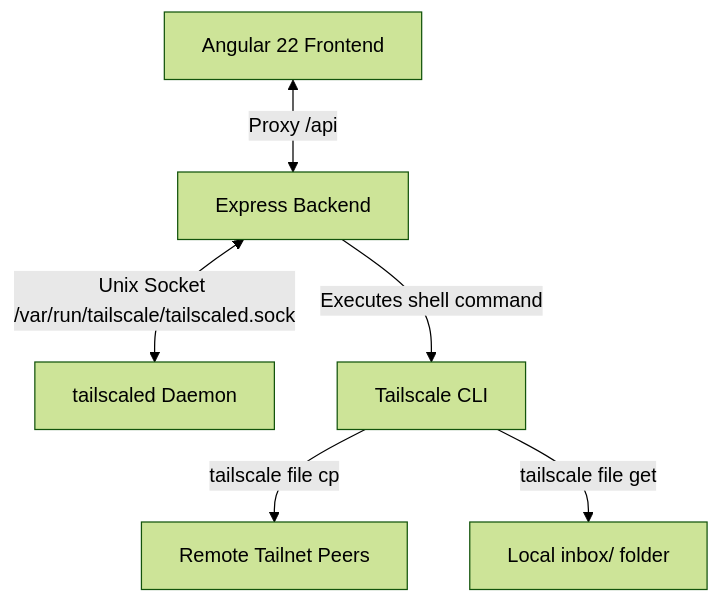
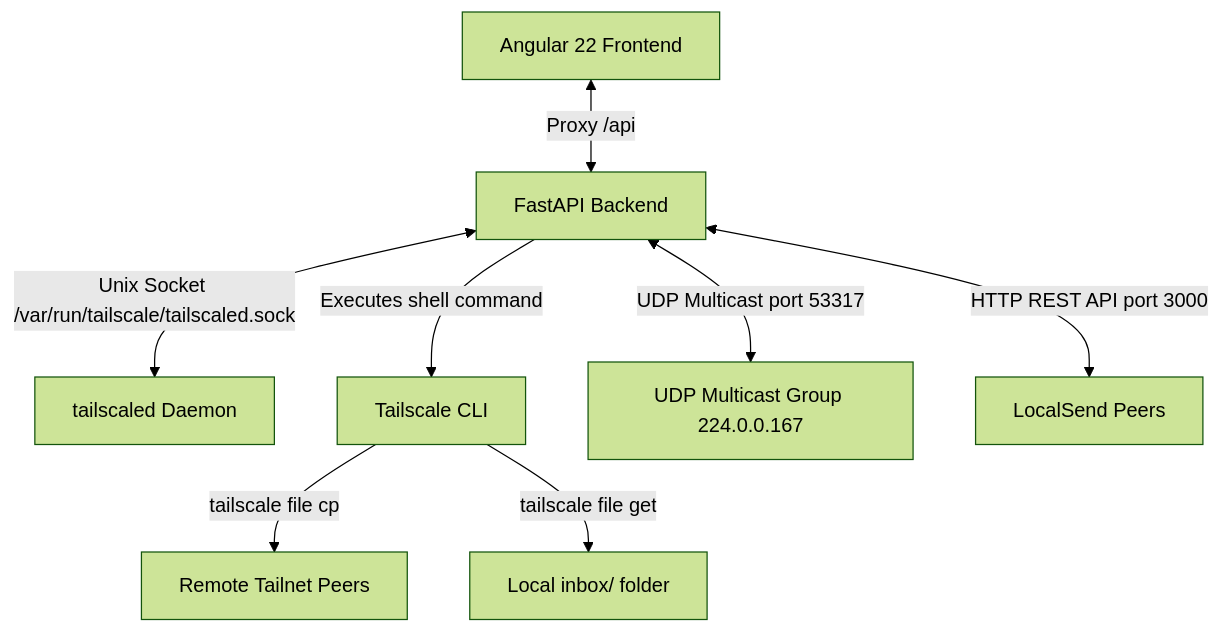
The diagram in README.md (omennemo/taildrop-transfer-app), drawn with Mermaid (forest theme) before and after one commit. The commit also changed other lines of this file, not shown here.

Commit message:
update README.md with MultiDrop branding, Python FastAPI backend, LocalSend, and test instructions

````diff
--- a/README.md
+++ b/README.md
@@ -7,8 +7,10 @@
 ```mermaid
 graph TD
-    AngularApp[Angular 22 Frontend] <-->|Proxy /api| ExpressServer[Express Backend]
-    ExpressServer <-->|Unix Socket /var/run/tailscale/tailscaled.sock| TailscaleDaemon[tailscaled Daemon]
-    ExpressServer -->|Executes shell command| TailscaleCLI[Tailscale CLI]
+    AngularApp[Angular 22 Frontend] <-->|Proxy /api| FastAPIServer[FastAPI Backend]
+    FastAPIServer <-->|Unix Socket /var/run/tailscale/tailscaled.sock| TailscaleDaemon[tailscaled Daemon]
+    FastAPIServer -->|Executes shell command| TailscaleCLI[Tailscale CLI]
     TailscaleCLI -->|tailscale file cp| RemoteDevices[Remote Tailnet Peers]
     TailscaleCLI -->|tailscale file get| LocalInbox[Local inbox/ folder]
+    FastAPIServer <-->|UDP Multicast port 53317| LocalSendDiscovery[UDP Multicast Group 224.0.0.167]
+    FastAPIServer <-->|HTTP REST API port 3000| LocalSendPeers[LocalSend Peers]
 ```
````
